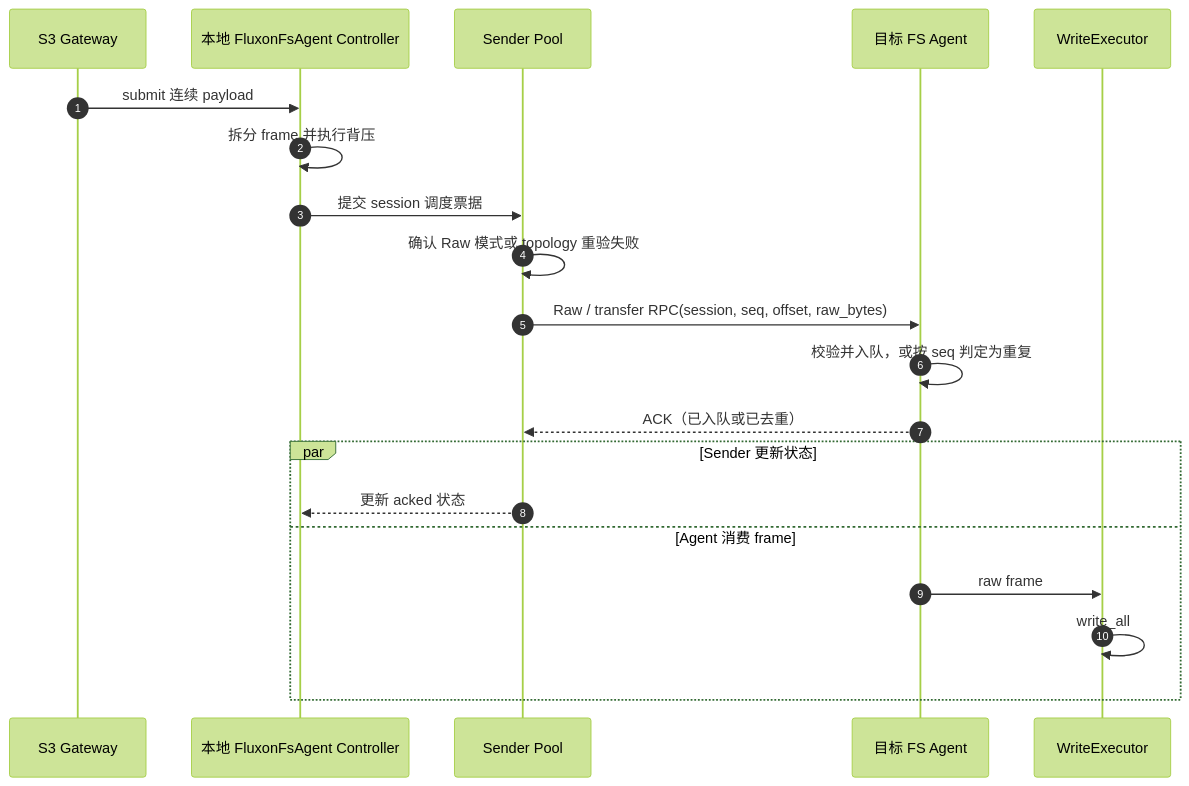
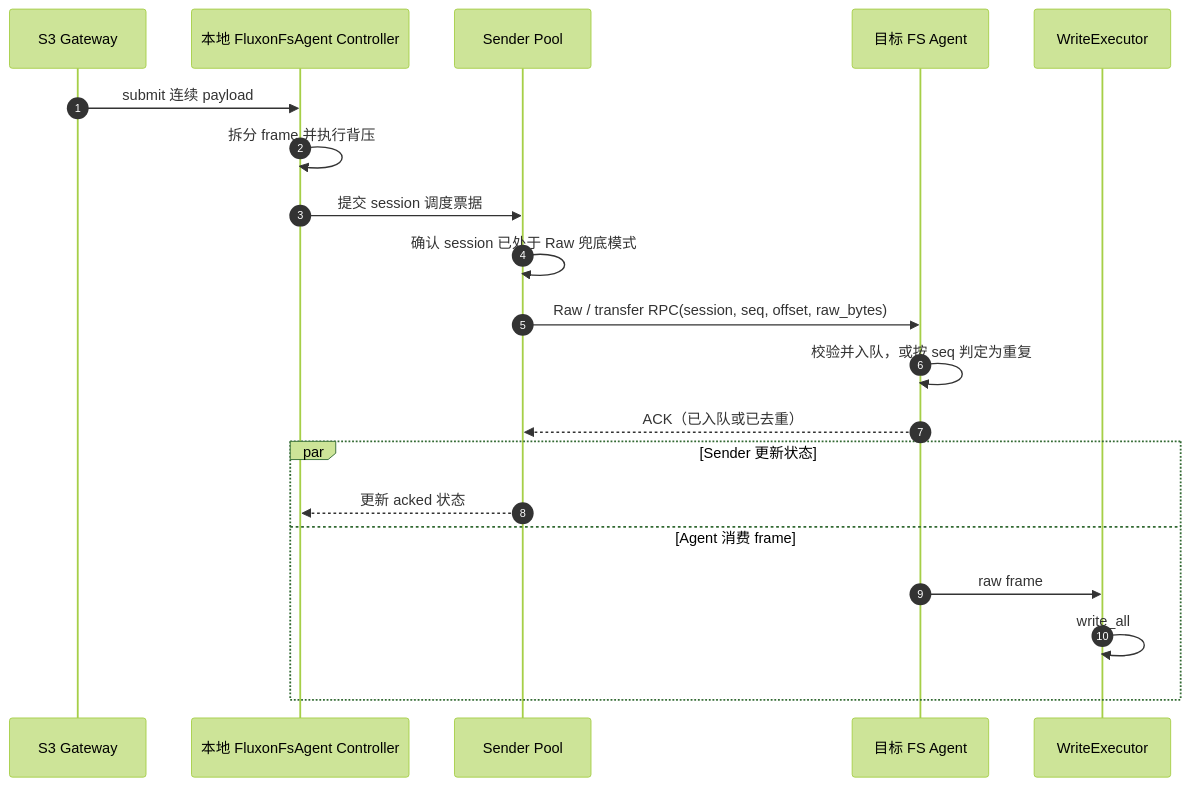
One commit to Tele-AI/Fluxon changed the tenth of 20 diagrams in fluxon_doc_cn/design/fs_s3_1_混合写入链路.md. Above: the diagram before and after it, drawn with Mermaid (forest theme). The commit also changed other lines of this file and 3 other files, not shown here.

````diff
--- a/fluxon_doc_cn/design/fs_s3_1_混合写入链路.md
+++ b/fluxon_doc_cn/design/fs_s3_1_混合写入链路.md
@@ -632,23 +629,23 @@
 ```mermaid
 sequenceDiagram
     autonumber
     participant G as S3 Gateway
     participant C as 本地 FluxonFsAgent Controller
     participant S as Sender Pool
     participant A as 目标 FS Agent
     participant W as WriteExecutor
 
     G->>C: submit 连续 payload
     C->>C: 拆分 frame 并执行背压
     C->>S: 提交 session 调度票据
-    S->>S: 确认 Raw 模式或 topology 重验失败
+    S->>S: 确认 session 已处于 Raw 兜底模式
     S->>A: Raw / transfer RPC(session, seq, offset, raw_bytes)
     A->>A: 校验并入队，或按 seq 判定为重复
     A-->>S: ACK（已入队或已去重）
     par Sender 更新状态
         S-->>C: 更新 acked 状态
     and Agent 消费 frame
         A->>W: raw frame
         W->>W: write_all
     end
 ```
````
